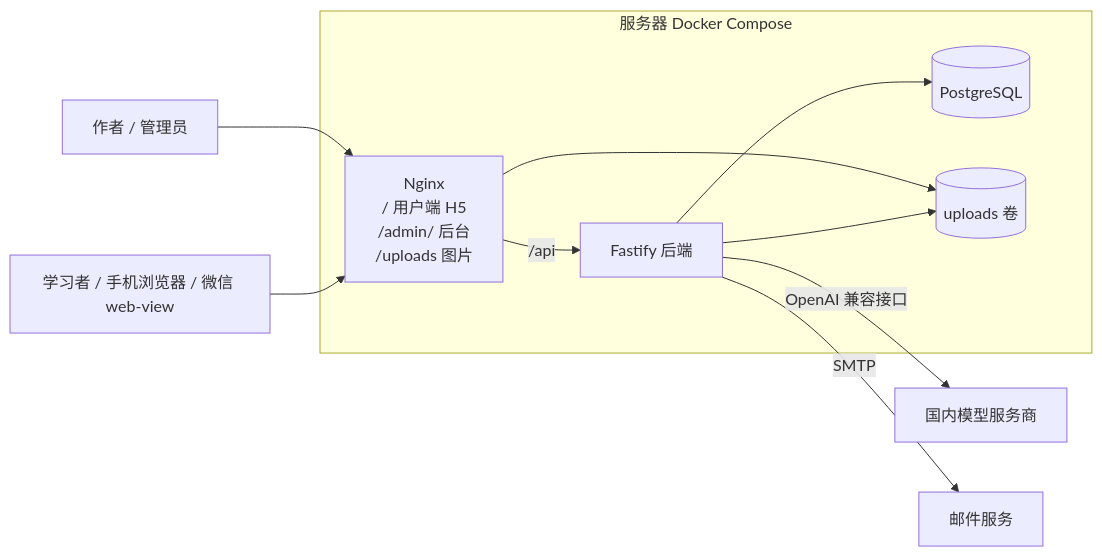
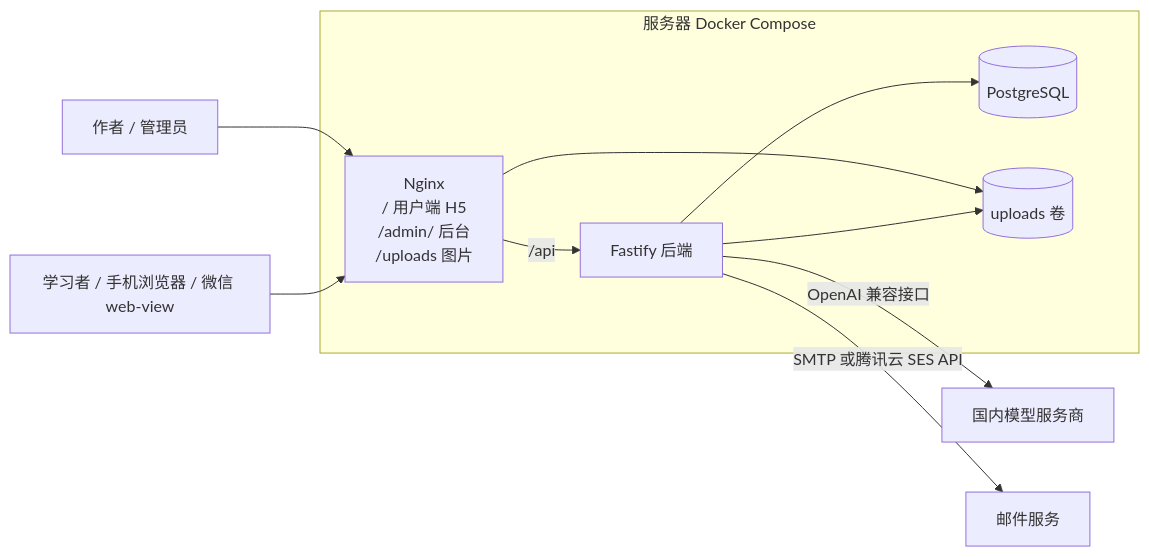
The first of 2 diagrams in docs/ARCHITECTURE.md (LLM-X-Factorer/joyce-art-app), drawn with Mermaid before and after one commit. The commit also changed other lines of this file and 16 other files, not shown here.

First line of the commit message:
Support Tencent Cloud SES template API for email

````diff
--- a/docs/ARCHITECTURE.md
+++ b/docs/ARCHITECTURE.md
@@ -7,13 +7,13 @@
 ```mermaid
 flowchart LR
     User[学习者 / 手机浏览器 / 微信 web-view] --> Nginx
     Author[作者 / 管理员] --> Nginx
     subgraph 服务器 Docker Compose
       Nginx[Nginx<br/>/ 用户端 H5<br/>/admin/ 后台<br/>/uploads 图片] -->|/api| Server[Fastify 后端]
       Server --> PG[(PostgreSQL)]
       Server --> Uploads[(uploads 卷)]
       Nginx --> Uploads
     end
     Server -->|OpenAI 兼容接口| LLM[国内模型服务商]
-    Server -->|SMTP| Mail[邮件服务]
+    Server -->|SMTP 或腾讯云 SES API| Mail[邮件服务]
 ```
````
